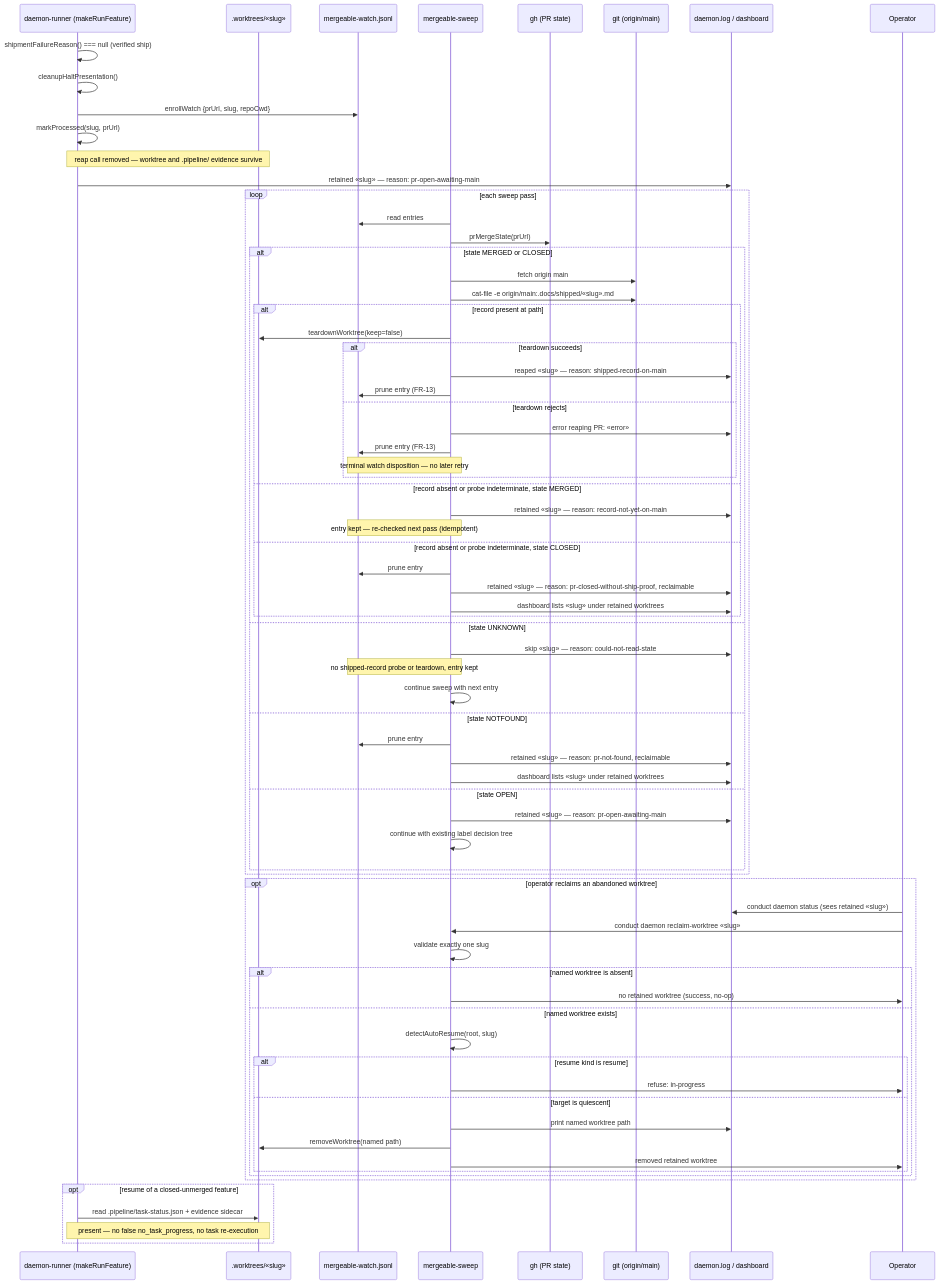
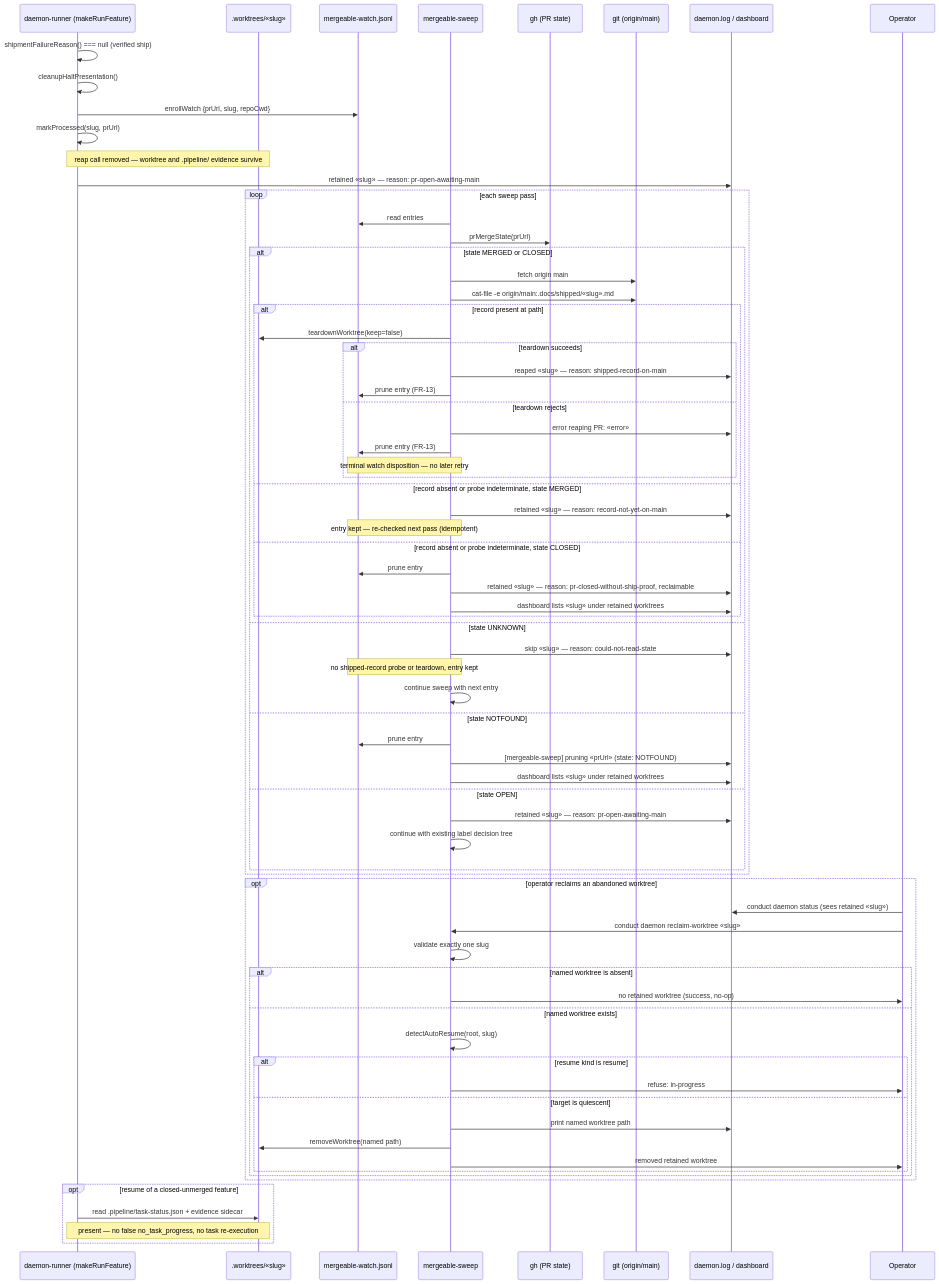
One commit to jstoup111/ai-conductor changed the diagram in .docs/architecture/sequences/daemon-reaps-a-feature-worktree-at-pr-open-before-.md. Above: the diagram before and after it, drawn with Mermaid. The commit also changed 7 other files, not shown here.

````diff
--- a/.docs/architecture/sequences/daemon-reaps-a-feature-worktree-at-pr-open-before-.md
+++ b/.docs/architecture/sequences/daemon-reaps-a-feature-worktree-at-pr-open-before-.md
@@ -10,79 +10,79 @@
 ```mermaid
 sequenceDiagram
     participant R as daemon-runner (makeRunFeature)
     participant W as .worktrees/«slug»
     participant REG as mergeable-watch.jsonl
     participant S as mergeable-sweep
     participant GH as gh (PR state)
     participant G as git (origin/main)
     participant L as daemon.log / dashboard
     participant OP as Operator
 
     R->>R: shipmentFailureReason() === null (verified ship)
     R->>R: cleanupHaltPresentation()
     R->>REG: enrollWatch {prUrl, slug, repoCwd}
     R->>R: markProcessed(slug, prUrl)
     Note over R,W: reap call removed — worktree and .pipeline/ evidence survive
     R->>L: retained «slug» — reason: pr-open-awaiting-main
 
     loop each sweep pass
         S->>REG: read entries
         S->>GH: prMergeState(prUrl)
         alt state MERGED or CLOSED
             S->>G: fetch origin main
             S->>G: cat-file -e origin/main:.docs/shipped/«slug».md
             alt record present at path
                 S->>W: teardownWorktree(keep=false)
                 alt teardown succeeds
                     S->>L: reaped «slug» — reason: shipped-record-on-main
                     S->>REG: prune entry (FR-13)
                 else teardown rejects
                     S->>L: error reaping PR: «error»
                     S->>REG: prune entry (FR-13)
                     Note over S,REG: terminal watch disposition — no later retry
                 end
             else record absent or probe indeterminate, state MERGED
                 S->>L: retained «slug» — reason: record-not-yet-on-main
                 Note over S,REG: entry kept — re-checked next pass (idempotent)
             else record absent or probe indeterminate, state CLOSED
                 S->>REG: prune entry
                 S->>L: retained «slug» — reason: pr-closed-without-ship-proof, reclaimable
                 S->>L: dashboard lists «slug» under retained worktrees
             end
         else state UNKNOWN
             S->>L: skip «slug» — reason: could-not-read-state
             Note over S,REG: no shipped-record probe or teardown, entry kept
             S->>S: continue sweep with next entry
         else state NOTFOUND
             S->>REG: prune entry
-            S->>L: retained «slug» — reason: pr-not-found, reclaimable
+            S->>L: [mergeable-sweep] pruning «prUrl» (state: NOTFOUND)
             S->>L: dashboard lists «slug» under retained worktrees
         else state OPEN
             S->>L: retained «slug» — reason: pr-open-awaiting-main
             S->>S: continue with existing label decision tree
         end
     end
 
     opt operator reclaims an abandoned worktree
         OP->>L: conduct daemon status (sees retained «slug»)
         OP->>S: conduct daemon reclaim-worktree «slug»
         S->>S: validate exactly one slug
         alt named worktree is absent
             S->>OP: no retained worktree (success, no-op)
         else named worktree exists
             S->>S: detectAutoResume(root, slug)
             alt resume kind is resume
                 S->>OP: refuse: in-progress
             else target is quiescent
                 S->>L: print named worktree path
                 S->>W: removeWorktree(named path)
                 S->>OP: removed retained worktree
             end
         end
     end
 
     opt resume of a closed-unmerged feature
         R->>W: read .pipeline/task-status.json + evidence sidecar
         Note over R,W: present — no false no_task_progress, no task re-execution
     end
 ```
````
